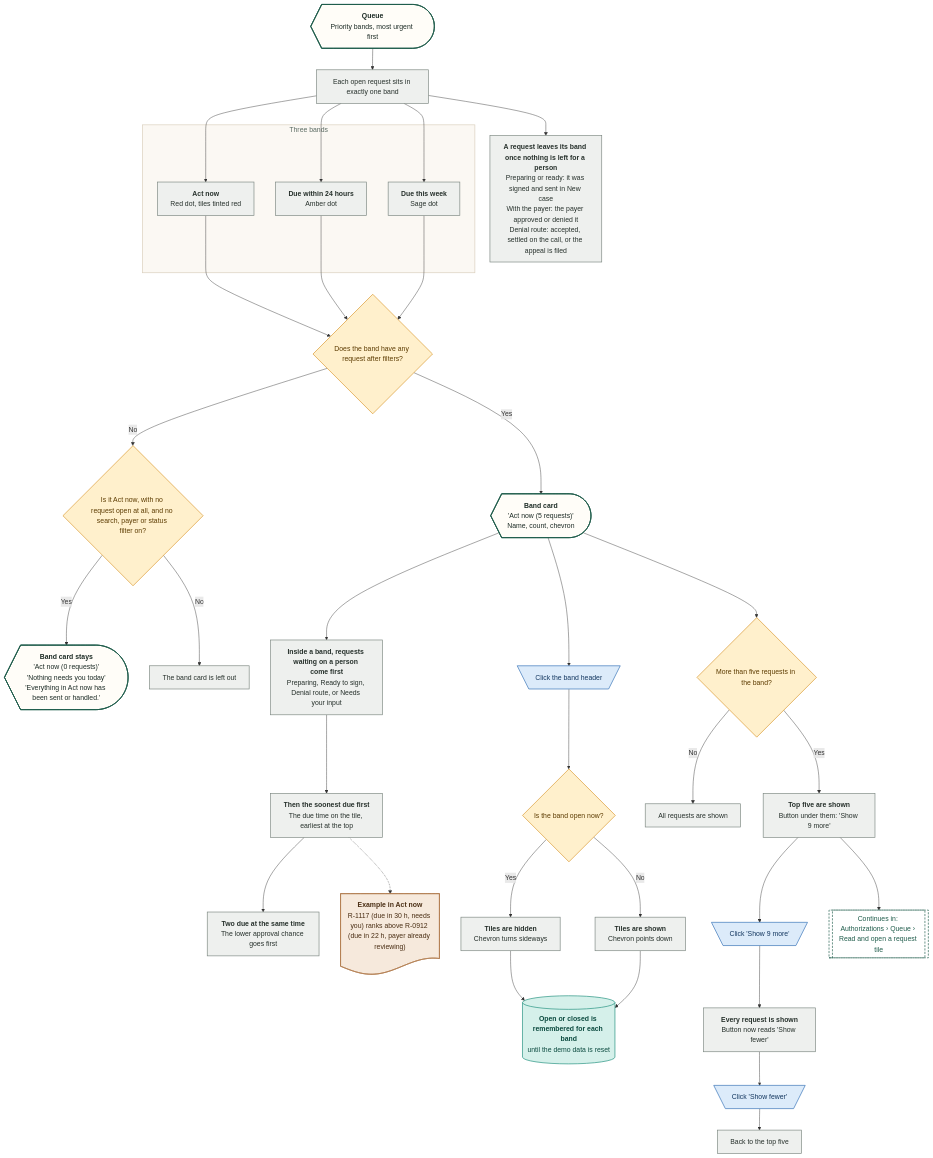
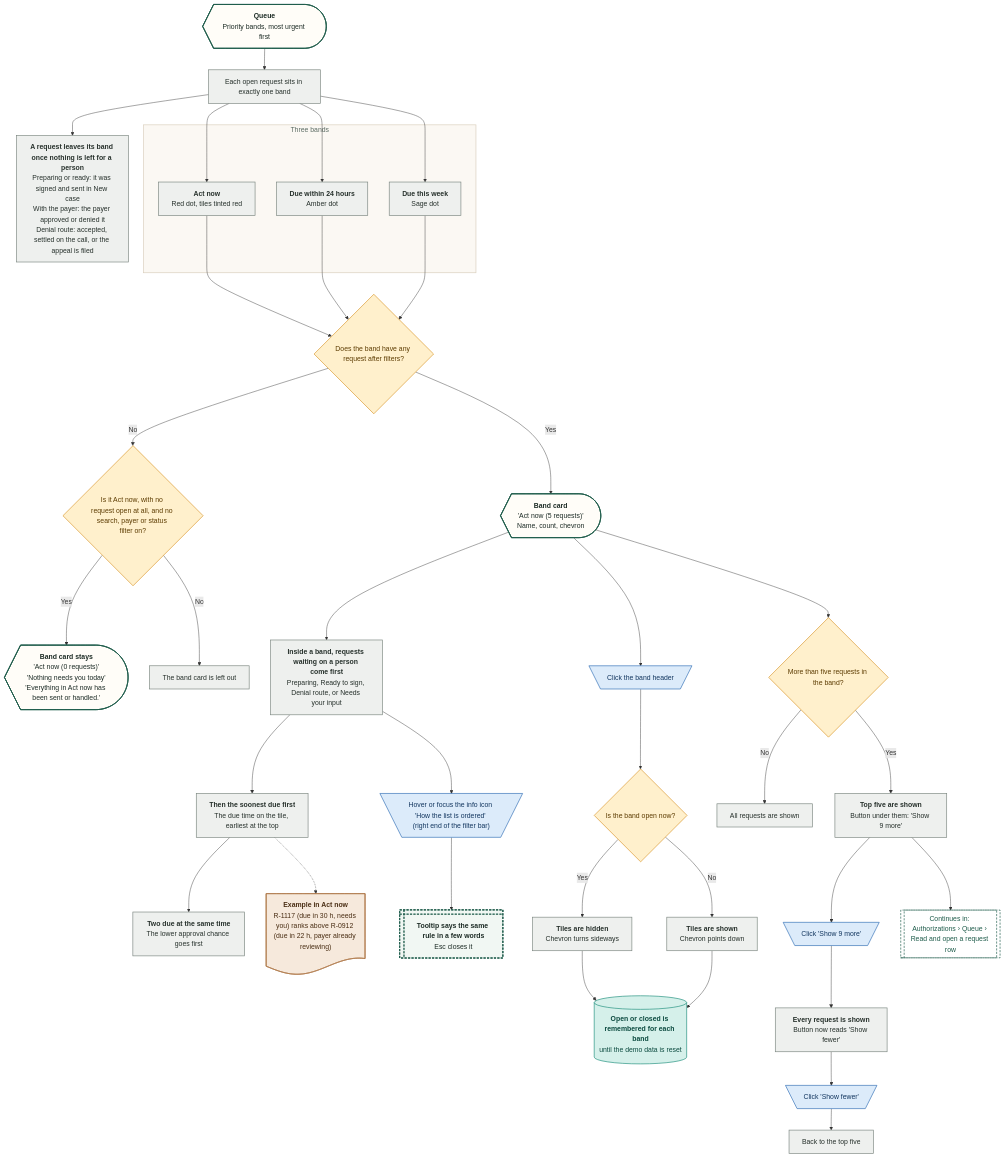
The second of 30 diagrams in demos/prior-auth-demo/workflows/out/md/03-authorizations.md (Shrav143/psyfloapp), drawn with Mermaid before and after one commit. The commit also changed other lines of this file and 192 other files, not shown here.

First line of the commit message:
docs: changelog by sidebar tab; README, diagrams and Settings layout aligned with the refinement; shared InfoTip; referral cost-share line

````diff
--- a/demos/prior-auth-demo/workflows/out/md/03-authorizations.md
+++ b/demos/prior-auth-demo/workflows/out/md/03-authorizations.md
@@ -92,77 +98,81 @@
 ```mermaid
 %%{init: {"theme":"base","themeVariables":{"fontFamily":"'DM Sans', 'Segoe UI', system-ui, sans-serif","fontSize":"15px","lineColor":"#5B6B63","primaryTextColor":"#1C2B25","clusterBkg":"#FBF8F3","clusterBorder":"#D9CDBB","edgeLabelBackground":"#FFFFFF"},"flowchart":{"curve":"basis","nodeSpacing":36,"rankSpacing":48,"padding":12,"htmlLabels":true,"useMaxWidth":false,"wrappingWidth":230}} }%%
 flowchart TD
   classDef k_start fill:#1F5C4B,stroke:#174638,color:#FFFFFF,stroke-width:1.5px,font-weight:600
   classDef k_end fill:#DDEFE3,stroke:#2E7D4F,color:#14502F,stroke-width:1.5px,font-weight:600
   classDef k_endx fill:#FBE3E0,stroke:#C0392B,color:#7A1F16,stroke-width:1.5px,font-weight:600
   classDef k_screen fill:#FFFDF8,stroke:#1F5C4B,color:#1C2B25,stroke-width:2px
   classDef k_overlay fill:#F1F7F3,stroke:#1F5C4B,color:#1C2B25,stroke-width:2px,stroke-dasharray:5 3
   classDef k_click fill:#DCEBFA,stroke:#2F6DB5,color:#12365F,stroke-width:1.5px
   classDef k_input fill:#E4E7FF,stroke:#4C5FD5,color:#1D2670,stroke-width:1.5px
   classDef k_process fill:#EEF0EE,stroke:#7A857F,color:#26302B,stroke-width:1.5px
   classDef k_agent fill:#EEE5FA,stroke:#7A4FC2,color:#341A63,stroke-width:1.5px
   classDef k_decision fill:#FFF0CC,stroke:#D9962B,color:#5C3B00,stroke-width:1.5px
   classDef k_store fill:#D5F0EA,stroke:#1C8E7B,color:#0B4A3F,stroke-width:1.5px
   classDef k_doc fill:#F6E9DC,stroke:#B07A4C,color:#4A2E14,stroke-width:1.5px
   classDef k_ext fill:#FFE6D2,stroke:#E07B39,color:#6B2F06,stroke-width:1.5px
   classDef k_wait fill:#E4E8EE,stroke:#6B7C93,color:#26303D,stroke-width:1.5px
   classDef k_toast fill:#FFF9DB,stroke:#C9A400,color:#5A4A00,stroke-width:1.5px
   classDef k_goto fill:#FFFFFF,stroke:#1F5C4B,color:#1F5C4B,stroke-width:1.5px,stroke-dasharray:5 3
   q@{ shape: curv-trap, label: "<b>Queue</b><br/>Priority bands, most urgent first" }
   b1@{ shape: rect, label: "Each open request sits in exactly one band" }
   lv@{ shape: rect, label: "<b>A request leaves its band once nothing is left for a person</b><br/>Preparing or ready: it was signed and sent in New case<br/>With the payer: the payer approved or denied it<br/>Denial route: accepted, settled on the call, or the appeal is filed" }
   subgraph gB ["Three bands"]
   bn@{ shape: rect, label: "<b>Act now</b><br/>Red dot, tiles tinted red" }
   bd@{ shape: rect, label: "<b>Due within 24 hours</b><br/>Amber dot" }
   bw@{ shape: rect, label: "<b>Due this week</b><br/>Sage dot" }
   end
   dE@{ shape: diam, label: "Does the band have any request after filters?" }
   dZ@{ shape: diam, label: "Is it Act now, with no request open at all, and no search, payer or status filter on?" }
   em@{ shape: curv-trap, label: "<b>Band card stays</b><br/>'Act now (0 requests)'<br/>'Nothing needs you today'<br/>'Everything in Act now has been sent or handled.'" }
   hide@{ shape: rect, label: "The band card is left out" }
   bc@{ shape: curv-trap, label: "<b>Band card</b><br/>'Act now (5 requests)'<br/>Name, count, chevron" }
   r1@{ shape: rect, label: "<b>Inside a band, requests waiting on a person come first</b><br/>Preparing, Ready to sign, Denial route, or Needs your input" }
   r2@{ shape: rect, label: "<b>Then the soonest due first</b><br/>The due time on the tile, earliest at the top" }
   wt@{ shape: rect, label: "<b>Two due at the same time</b><br/>The lower approval chance goes first" }
   ex@{ shape: doc, label: "<b>Example in Act now</b><br/>R-1117 (due in 30 h, needs you) ranks above R-0912 (due in 22 h, payer already reviewing)" }
   hd@{ shape: trap-t, label: "Click the band header" }
   dC@{ shape: diam, label: "Is the band open now?" }
   col@{ shape: rect, label: "<b>Tiles are hidden</b><br/>Chevron turns sideways" }
   exp@{ shape: rect, label: "<b>Tiles are shown</b><br/>Chevron points down" }
   keep@{ shape: cyl, label: "<b>Open or closed is remembered for each band</b><br/>until the demo data is reset" }
   dM@{ shape: diam, label: "More than five requests in the band?" }
   all5@{ shape: rect, label: "All requests are shown" }
   top5@{ shape: rect, label: "<b>Top five are shown</b><br/>Button under them: 'Show 9 more'" }
   sm@{ shape: trap-t, label: "Click 'Show 9 more'" }
   allm@{ shape: rect, label: "<b>Every request is shown</b><br/>Button now reads 'Show fewer'" }
   sf@{ shape: trap-t, label: "Click 'Show fewer'" }
   back@{ shape: rect, label: "Back to the top five" }
-  g1@{ shape: subproc, label: "Continues in: Authorizations › Queue › Read and open a request tile" }
+  tp@{ shape: trap-t, label: "Hover or focus the info icon 'How the list is ordered' (right end of the filter bar)" }
+  tp2@{ shape: win-pane, label: "<b>Tooltip says the same rule in a few words</b><br/>Esc closes it" }
+  g1@{ shape: subproc, label: "Continues in: Authorizations › Queue › Read and open a request row" }
   q --> b1
   b1 --> lv
   b1 --> bn & bd & bw
   bn --> dE
   bd --> dE
   bw --> dE
   dE -->|"No"| dZ
   dZ -->|"Yes"| em
   dZ -->|"No"| hide
   dE -->|"Yes"| bc
   bc --> r1 --> r2 --> wt
   r2 -.-> ex
+  r1 --> tp --> tp2
   bc --> hd --> dC
   dC -->|"Yes"| col --> keep
   dC -->|"No"| exp --> keep
   bc --> dM
   dM -->|"No"| all5
   dM -->|"Yes"| top5 --> sm --> allm --> sf --> back
   top5 --> g1
   class q,em,bc k_screen
   class b1,lv,bn,bd,bw,hide,r1,r2,wt,col,exp,all5,top5,allm,back k_process
   class dE,dZ,dC,dM k_decision
   class ex k_doc
-  class hd,sm,sf k_click
+  class hd,sm,sf,tp k_click
   class keep k_store
+  class tp2 k_overlay
   class g1 k_goto
   style gB fill:#FBF8F3,stroke:#D9CDBB,stroke-width:1.5px,color:#5B6B63
 ```
````
